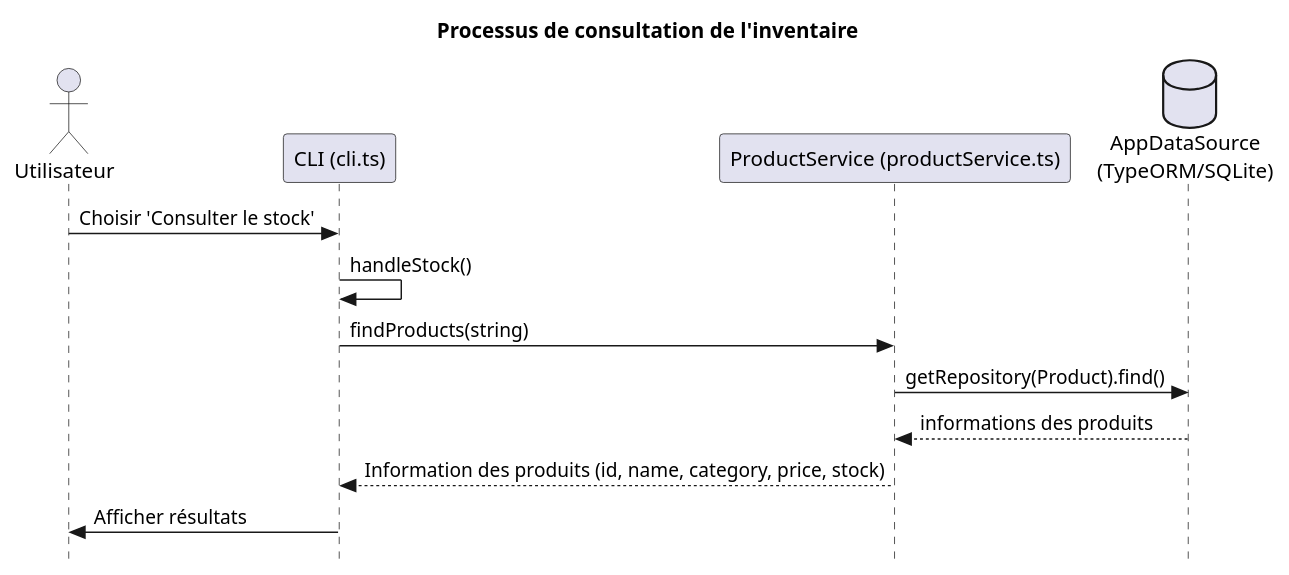
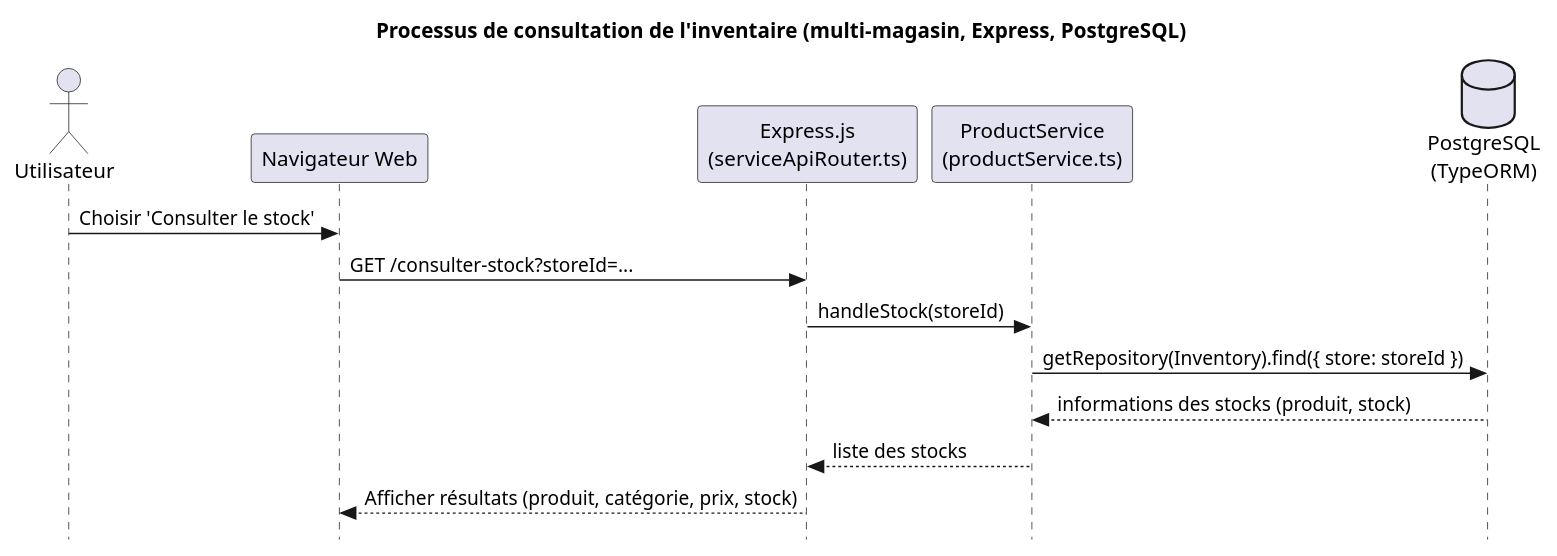
One commit to RaphaelMailhiot/LOG430-labo changed the diagram in docs/process/view-stock.puml. Above: the diagram before and after it, drawn with PlantUML. The commit also changed 23 other files, not shown here.

Commit message:
Add Dashboard + Update UML

```diff
--- a/docs/process/view-stock.puml
+++ b/docs/process/view-stock.puml
@@ -1,19 +1,21 @@
 @startuml
 
 skinparam style strictuml
 
-title Processus de consultation de l'inventaire
+title Processus de consultation de l'inventaire (multi-magasin, Express, PostgreSQL)
+
 actor Utilisateur
-participant "CLI (cli.ts)" as CLI
-participant "ProductService (productService.ts)" as ProductService
-database "AppDataSource\n(TypeORM/SQLite)" as Database
+participant "Navigateur Web" as Web
+participant "Express.js\n(serviceApiRouter.ts)" as Express
+participant "ProductService\n(productService.ts)" as ProductService
+database "PostgreSQL\n(TypeORM)" as Database
 
-Utilisateur -> CLI : Choisir 'Consulter le stock'
-CLI -> CLI : handleStock()
-CLI -> ProductService : findProducts(string)
-ProductService -> Database : getRepository(Product).find()
-Database --> ProductService : informations des produits
-ProductService --> CLI : Information des produits (id, name, category, price, stock)
-CLI -> Utilisateur : Afficher résultats
+Utilisateur -> Web : Choisir 'Consulter le stock'
+Web -> Express : GET /consulter-stock?storeId=...
+Express -> ProductService : handleStock(storeId)
+ProductService -> Database : getRepository(Inventory).find({ store: storeId })
+Database --> ProductService : informations des stocks (produit, stock)
+ProductService --> Express : liste des stocks
+Express --> Web : Afficher résultats (produit, catégorie, prix, stock)
 
 @enduml
```
